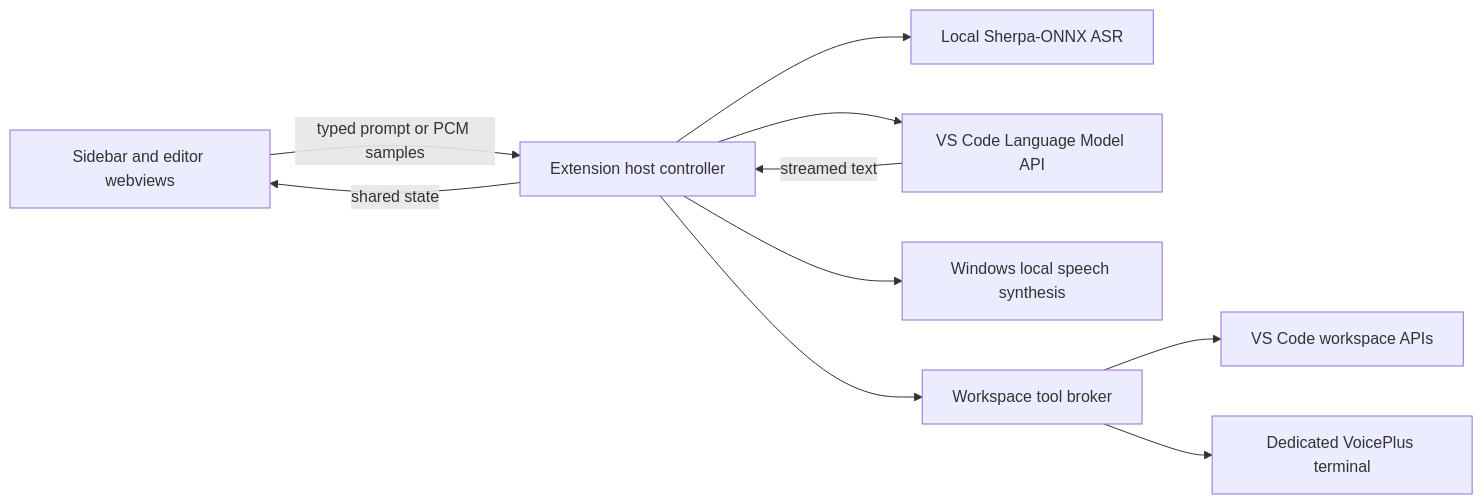
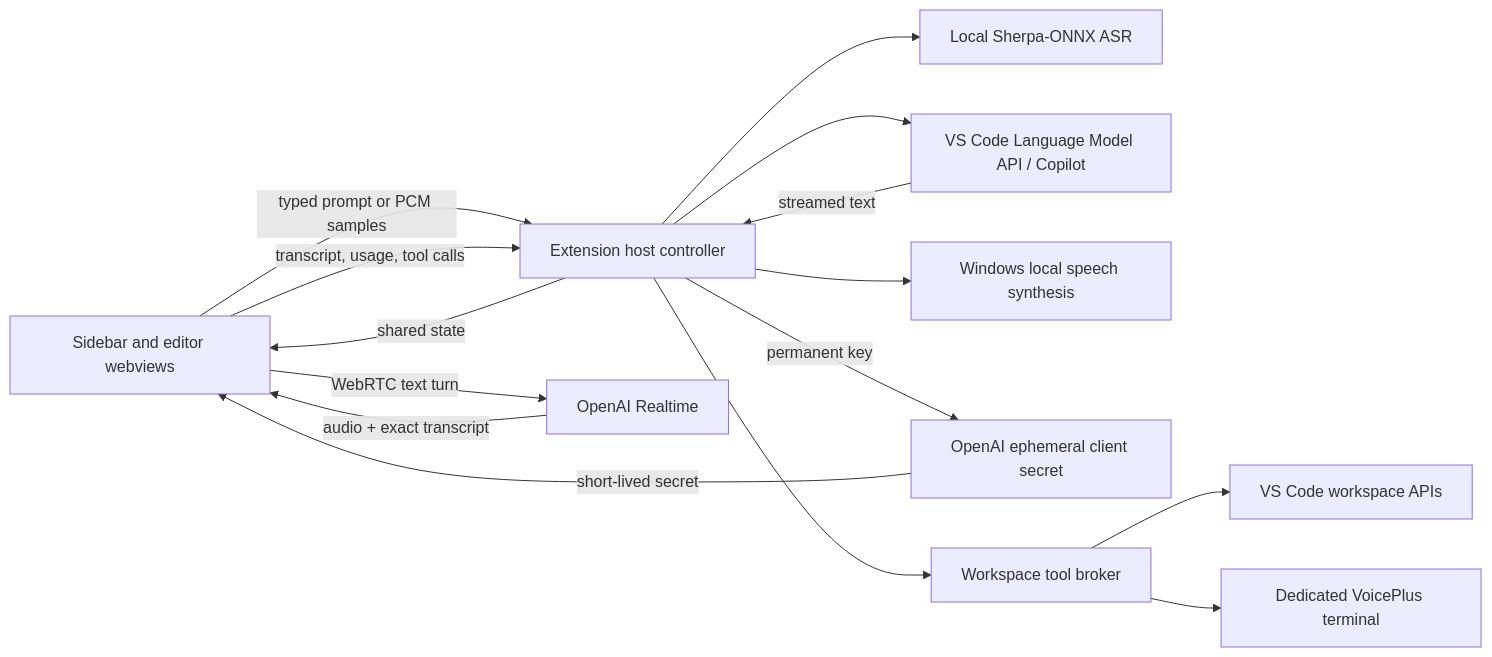
The first of 2 diagrams in docs/TECHNICAL_SPEC.md (xmthl/vscode-voiceplus), drawn with Mermaid before and after one commit. The commit also changed other lines of this file and 13 other files, not shown here.

First line of the commit message:
Added OpenAI Realtime Support

````diff
--- a/docs/TECHNICAL_SPEC.md
+++ b/docs/TECHNICAL_SPEC.md
@@ -28,12 +33,17 @@
 ```mermaid
 flowchart LR
     UI[Sidebar and editor webviews] -->|typed prompt or PCM samples| Host[Extension host controller]
     Host --> ASR[Local Sherpa-ONNX ASR]
-    Host --> LM[VS Code Language Model API]
+    Host --> LM[VS Code Language Model API / Copilot]
     LM -->|streamed text| Host
     Host --> TTS[Windows local speech synthesis]
+    Host -->|permanent key| Token[OpenAI ephemeral client secret]
+    Token -->|short-lived secret| UI
+    UI -->|WebRTC text turn| Realtime[OpenAI Realtime]
+    Realtime -->|audio + exact transcript| UI
+    UI -->|transcript, usage, tool calls| Host
     Host -->|shared state| UI
     Host --> Tools[Workspace tool broker]
     Tools --> Files[VS Code workspace APIs]
     Tools --> Terminal[Dedicated VoicePlus terminal]
 ```
````
